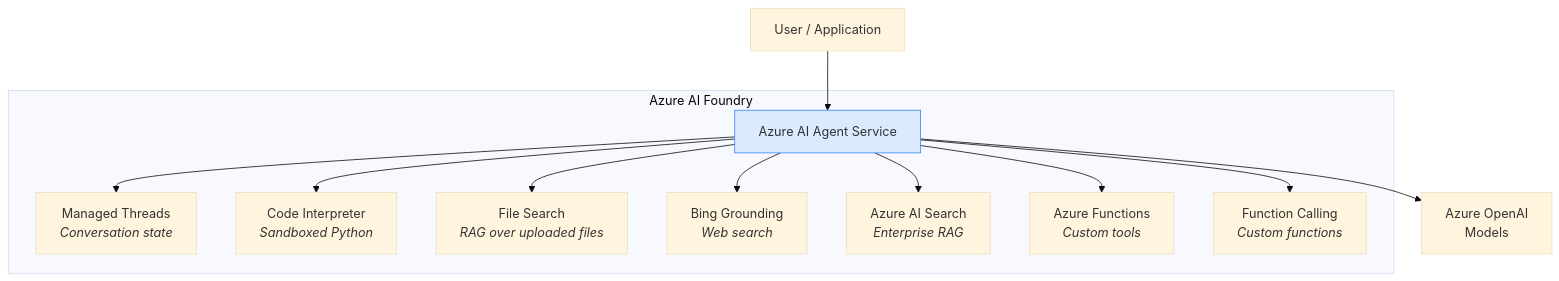
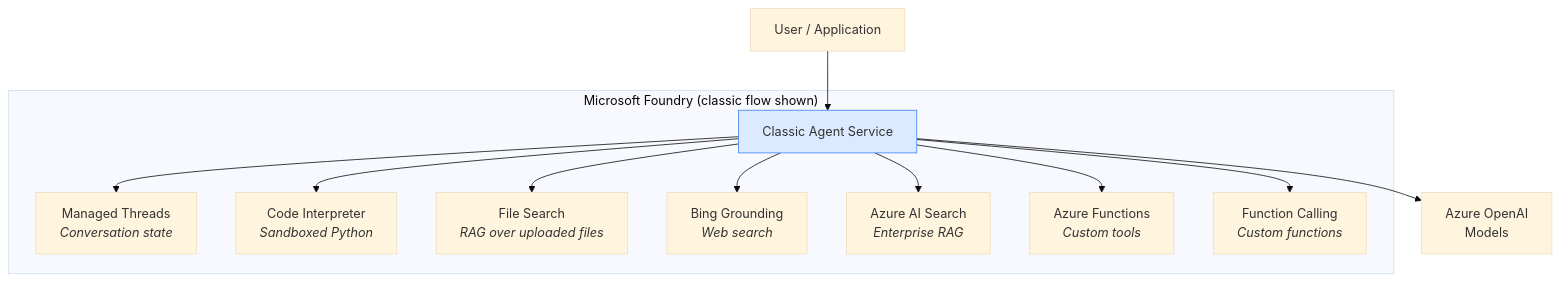
One commit to frootai/frootai changed the eighth of 18 diagrams in .factory/docs/learning/o2-ai-agents-deep-dive.mdx. Above: the diagram before and after it, drawn with Mermaid (base theme). The commit also changed other lines of this file and 42 other files, not shown here.

````diff
--- a/.factory/docs/learning/o2-ai-agents-deep-dive.mdx
+++ b/.factory/docs/learning/o2-ai-agents-deep-dive.mdx
@@ -614,18 +617,18 @@
 ```mermaid
 graph TD
-    subgraph "Azure AI Foundry"
-        AS["Azure AI Agent Service"]
+    subgraph "Microsoft Foundry (classic flow shown)"
+        AS["Classic Agent Service"]
         AS --> T["Managed Threads<br/><i>Conversation state</i>"]
         AS --> CI["Code Interpreter<br/><i>Sandboxed Python</i>"]
         AS --> FS["File Search<br/><i>RAG over uploaded files</i>"]
         AS --> BG["Bing Grounding<br/><i>Web search</i>"]
         AS --> AIS["Azure AI Search<br/><i>Enterprise RAG</i>"]
         AS --> AF["Azure Functions<br/><i>Custom tools</i>"]
         AS --> FC["Function Calling<br/><i>Custom functions</i>"]
     end
 
     U["User / Application"] --> AS
     AS --> M["Azure OpenAI<br/>Models"]
 
     style AS fill:#dbeafe,stroke:#3b82f6
 ```
````
